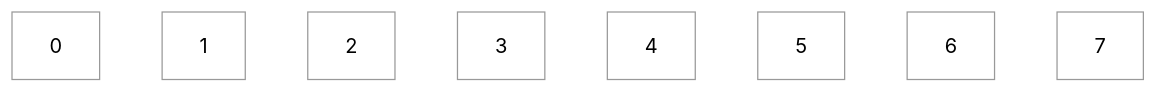
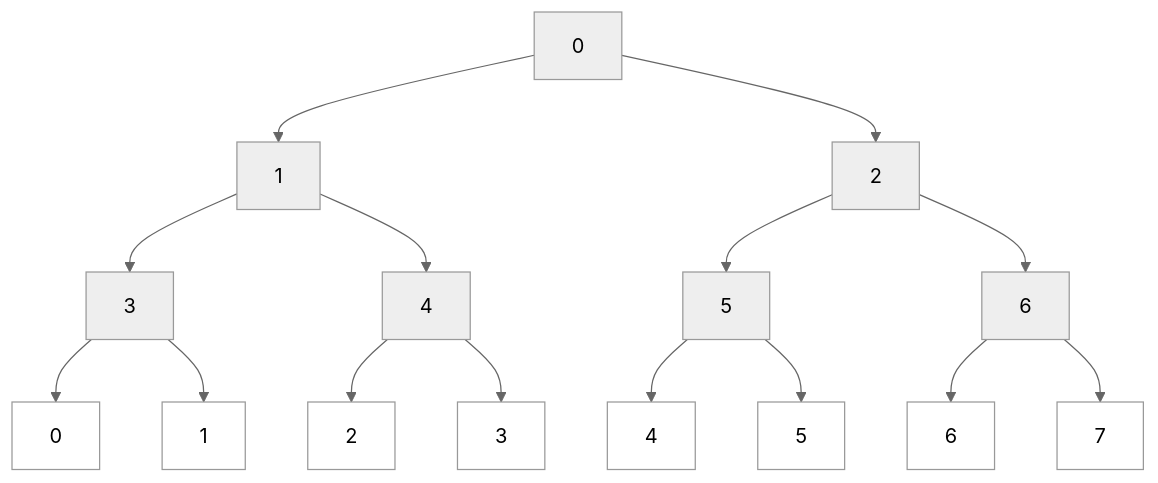
The second of 2 diagrams in mkdocs/docs/paper/tree.md (manavrion/segment_tree), drawn with Mermaid (neutral theme) before and after one commit.

````diff
--- a/mkdocs/docs/paper/tree.md
+++ b/mkdocs/docs/paper/tree.md
@@ -37,12 +25,18 @@
 ```mermaid
 graph TD
-    0:::plain
-    1:::plain
-    2:::plain
-    3:::plain
-    4:::plain
-    5:::plain
-    6:::plain
-    7:::plain
+    0 --> 1
+    0 --> 2
+    1 --> 3
+    1 --> 4
+    2 --> 5
+    2 --> 6
+    3 --> v0[0]:::plain
+    3 --> v1[1]:::plain
+    4 --> v2[2]:::plain
+    4 --> v3[3]:::plain
+    5 --> v4[4]:::plain
+    5 --> v5[5]:::plain
+    6 --> v6[6]:::plain
+    6 --> v7[7]:::plain
     classDef plain fill:#fff;
 ```
````
